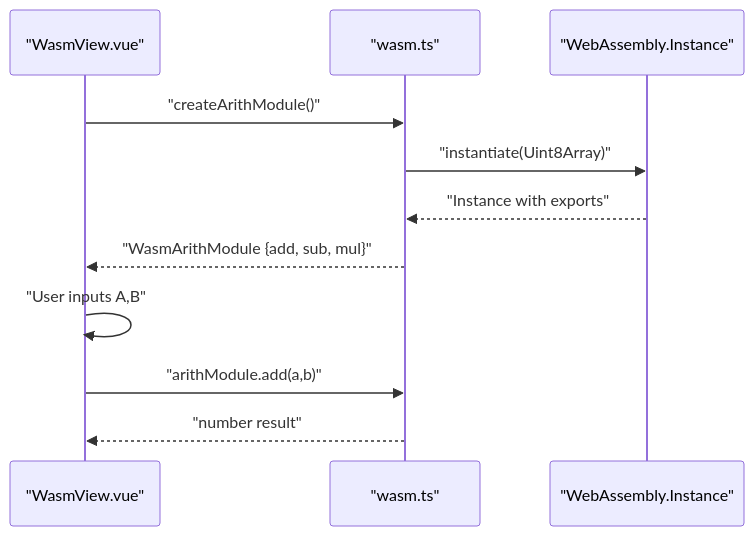
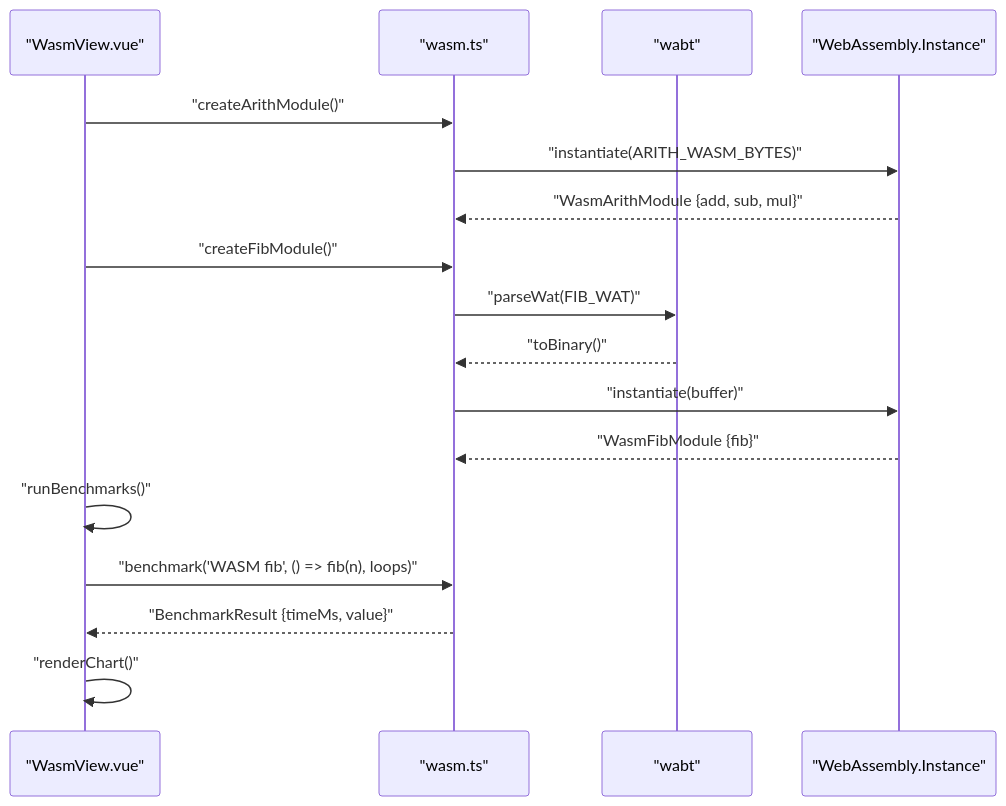
Before and after one commit to adminfyy/adminfyy.github.io: the fifth of 9 diagrams in .qoder/repowiki/en/content/Interactive Applications/Interactive Applications.md, drawn with Mermaid. The commit also changed other lines of this file and 34 other files, not shown here.

````diff
--- a/.qoder/repowiki/en/content/Interactive Applications/Interactive Applications.md
+++ b/.qoder/repowiki/en/content/Interactive Applications/Interactive Applications.md
@@ -237,13 +293,19 @@
 ```mermaid
 sequenceDiagram
 participant View as "WasmView.vue"
 participant WASM as "wasm.ts"
+participant WABT as "wabt"
 participant VM as "WebAssembly.Instance"
 View->>WASM : "createArithModule()"
-WASM->>VM : "instantiate(Uint8Array)"
-VM-->>WASM : "Instance with exports"
-WASM-->>View : "WasmArithModule {add, sub, mul}"
-View->>View : "User inputs A,B"
-View->>WASM : "arithModule.add(a,b)"
-WASM-->>View : "number result"
+WASM->>VM : "instantiate(ARITH_WASM_BYTES)"
+VM-->>WASM : "WasmArithModule {add, sub, mul}"
+View->>WASM : "createFibModule()"
+WASM->>WABT : "parseWat(FIB_WAT)"
+WABT-->>WASM : "toBinary()"
+WASM->>VM : "instantiate(buffer)"
+VM-->>WASM : "WasmFibModule {fib}"
+View->>View : "runBenchmarks()"
+View->>WASM : "benchmark('WASM fib', () => fib(n), loops)"
+WASM-->>View : "BenchmarkResult {timeMs, value}"
+View->>View : "renderChart()"
 ```
````
